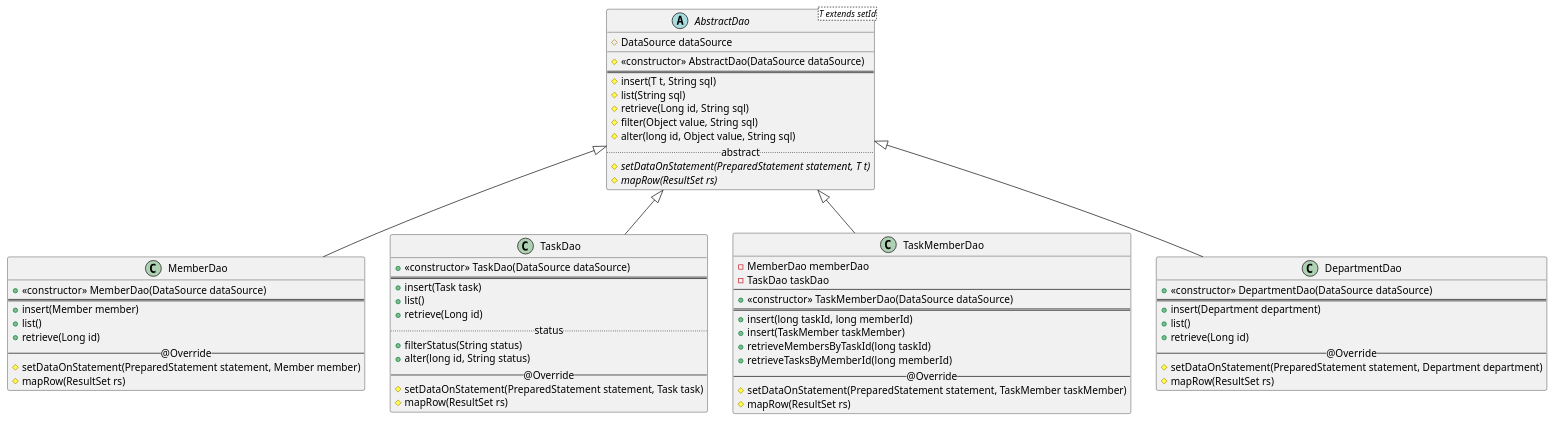
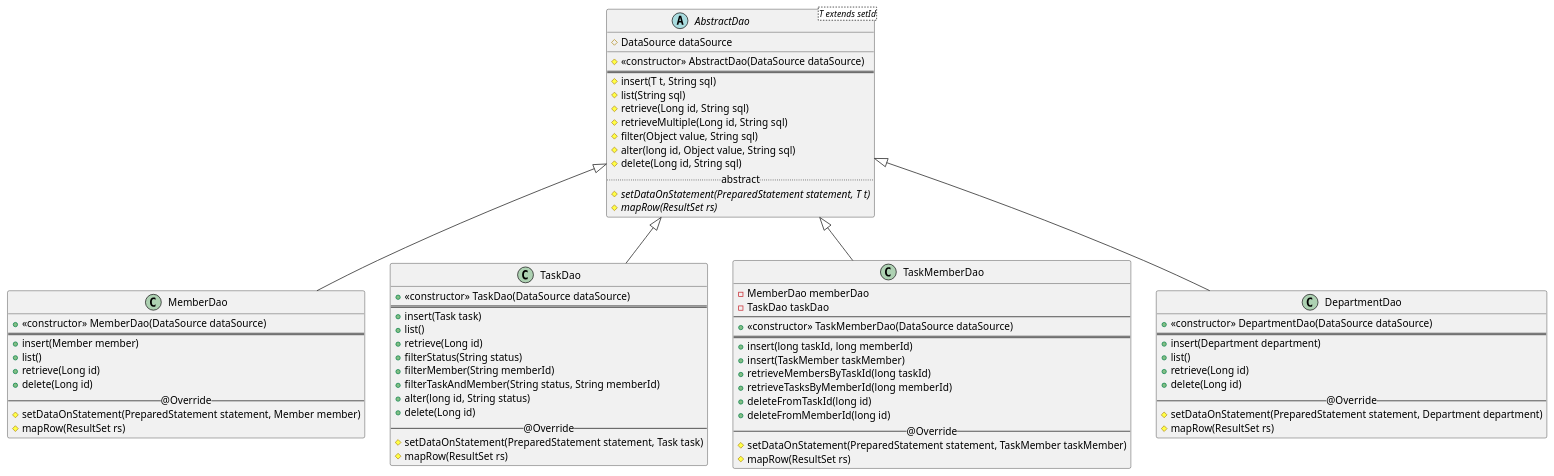
One commit to ghandeland/http-server-exam changed the diagram in docs/dao_structure.puml. Above: the diagram before and after it, drawn with PlantUML. The commit also changed 9 other files, not shown here.

Commit message:
updated plantUML (#70)

```diff
--- a/docs/dao_structure.puml
+++ b/docs/dao_structure.puml
@@ -1,67 +1,76 @@
 @startuml
 
 abstract AbstractDao<T extends setId> {
     {field} # DataSource dataSource
     ___
     {method} # <<constructor>> AbstractDao(DataSource dataSource)
     ==
     {method} # insert(T t, String sql)
     {method} # list(String sql)
     {method} # retrieve(Long id, String sql)
+    {method} # retrieveMultiple(Long id, String sql)
     {method} # filter(Object value, String sql)
     {method} # alter(long id, Object value, String sql)
+    {method} # delete(Long id, String sql)
     ..abstract..
     {abstract} # setDataOnStatement(PreparedStatement statement, T t)
     {abstract} # mapRow(ResultSet rs)
 }
 
 Class MemberDao extends AbstractDao {
     {method} + <<constructor>> MemberDao(DataSource dataSource)
     ==
     {method} + insert(Member member)
     {method} + list()
     {method} + retrieve(Long id)
+    {method} + delete(Long id)
     --@Override--
     {method} # setDataOnStatement(PreparedStatement statement, Member member)
     {method} # mapRow(ResultSet rs)
 }
 
 Class TaskDao extends AbstractDao {
     {method} + <<constructor>> TaskDao(DataSource dataSource)
     ==
     {method} + insert(Task task)
     {method} + list()
     {method} + retrieve(Long id)
-    ..status..
     {method} + filterStatus(String status)
+    {method} + filterMember(String memberId)
+    {method} + filterTaskAndMember(String status, String memberId)
     {method} + alter(long id, String status)
+    {method} + delete(Long id)
     --@Override--
     {method} # setDataOnStatement(PreparedStatement statement, Task task)
     {method} # mapRow(ResultSet rs)
 }
 
 Class TaskMemberDao extends AbstractDao {
     {field} - MemberDao memberDao
     {field} - TaskDao taskDao
     --
     {method} + <<constructor>> TaskMemberDao(DataSource dataSource)
     ==
     {method} + insert(long taskId, long memberId)
     {method} + insert(TaskMember taskMember)
     {method} + retrieveMembersByTaskId(long taskId)
     {method} + retrieveTasksByMemberId(long memberId)
+    {method} + deleteFromTaskId(long id)
+    {method} + deleteFromMemberId(long id)
     --@Override--
     {method} # setDataOnStatement(PreparedStatement statement, TaskMember taskMember)
     {method} # mapRow(ResultSet rs)
 }
+
 Class DepartmentDao extends AbstractDao {
     {method} + <<constructor>> DepartmentDao(DataSource dataSource)
     ==
     {method} + insert(Department department)
     {method} + list()
     {method} + retrieve(Long id)
+    {method} + delete(Long id)
     --@Override--
     {method} # setDataOnStatement(PreparedStatement statement, Department department)
     {method} # mapRow(ResultSet rs)
 }
 @enduml
```
